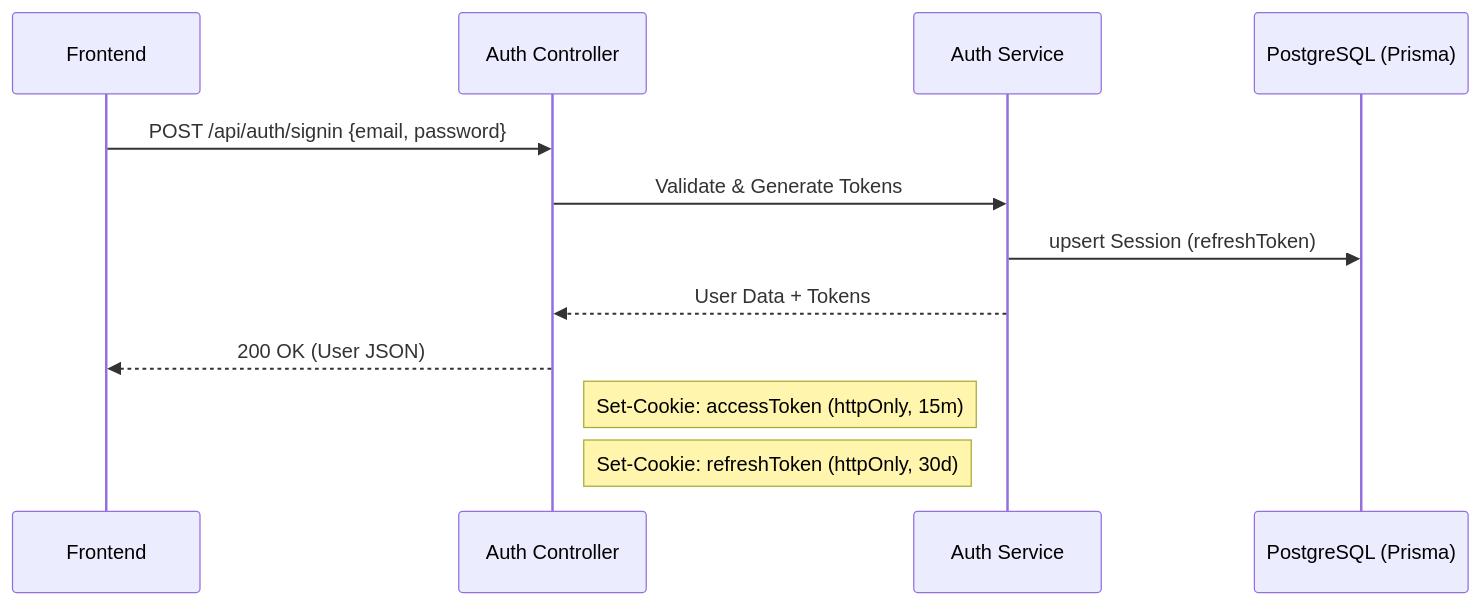
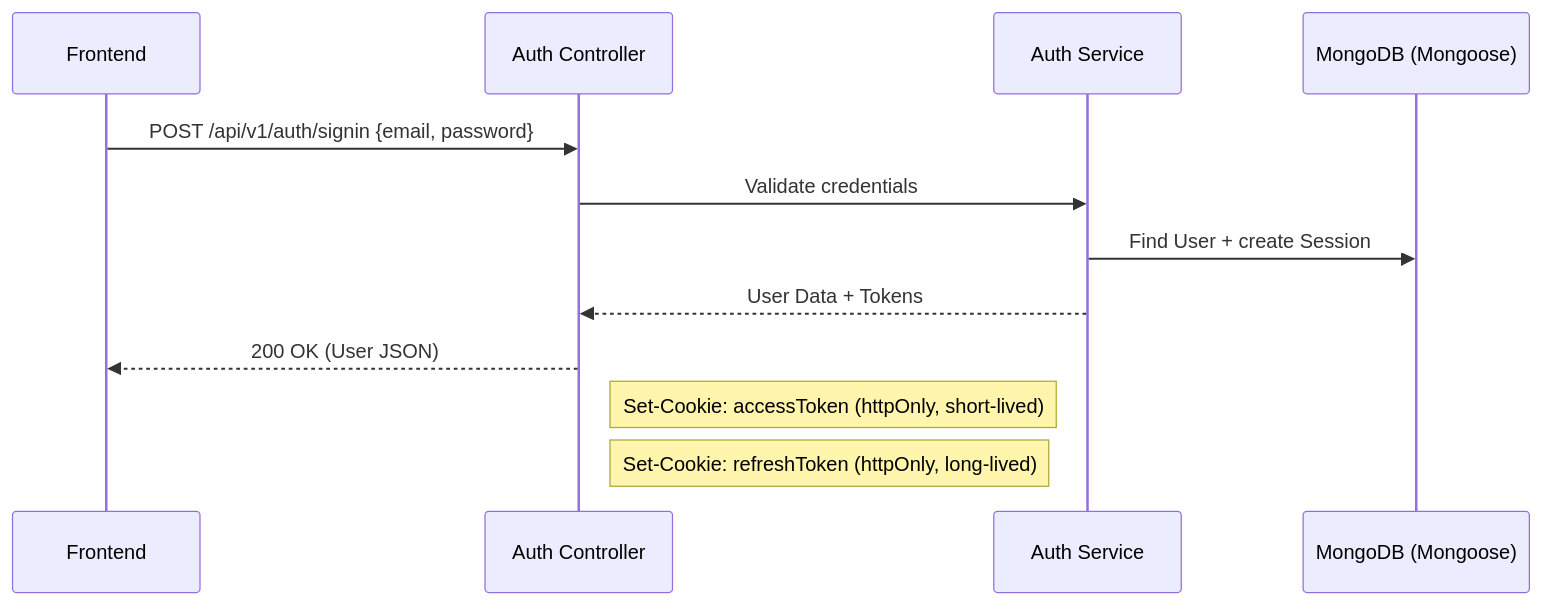
One commit to EricNguyen1206/turbo-chat changed the first of 2 diagrams in _docs/AUTH_FEATURE.md. Above: the diagram before and after it, drawn with Mermaid. The commit also changed other lines of this file and 43 other files, not shown here.

Commit message:
refactor: migrate backend from PostgreSQL/Prisma to MongoDB/Mongoose and remove AI chatbot features

````diff
--- a/_docs/AUTH_FEATURE.md
+++ b/_docs/AUTH_FEATURE.md
@@ -23,16 +23,16 @@
 ```mermaid
 sequenceDiagram
     participant Client as Frontend
     participant API as Auth Controller
     participant Service as Auth Service
-    participant DB as PostgreSQL (Prisma)
+    participant DB as MongoDB (Mongoose)
 
-    Client->>API: POST /api/auth/signin {email, password}
-    API->>Service: Validate & Generate Tokens
-    Service->>DB: upsert Session (refreshToken)
+    Client->>API: POST /api/v1/auth/signin {email, password}
+    API->>Service: Validate credentials
+    Service->>DB: Find User + create Session
     Service-->>API: User Data + Tokens
-    
+
     API-->>Client: 200 OK (User JSON)
-    Note right of API: Set-Cookie: accessToken (httpOnly, 15m)
-    Note right of API: Set-Cookie: refreshToken (httpOnly, 30d)
+    Note right of API: Set-Cookie: accessToken (httpOnly, short-lived)
+    Note right of API: Set-Cookie: refreshToken (httpOnly, long-lived)
 ```
````
